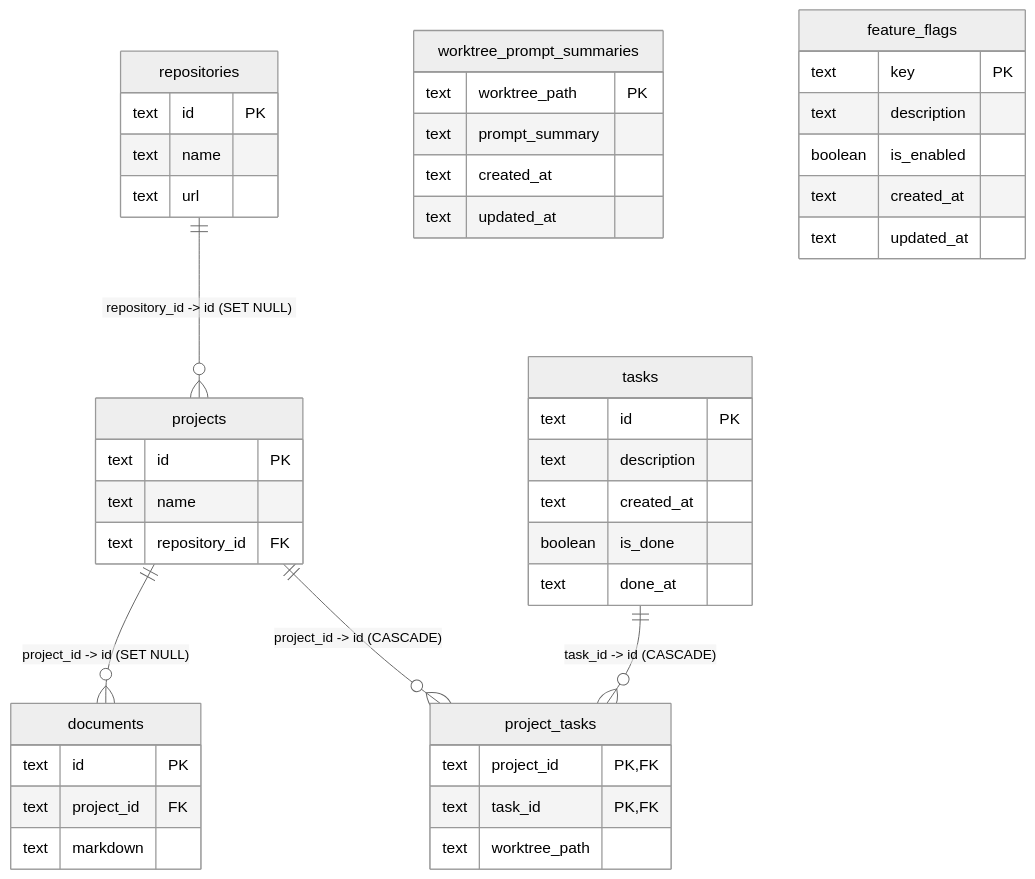
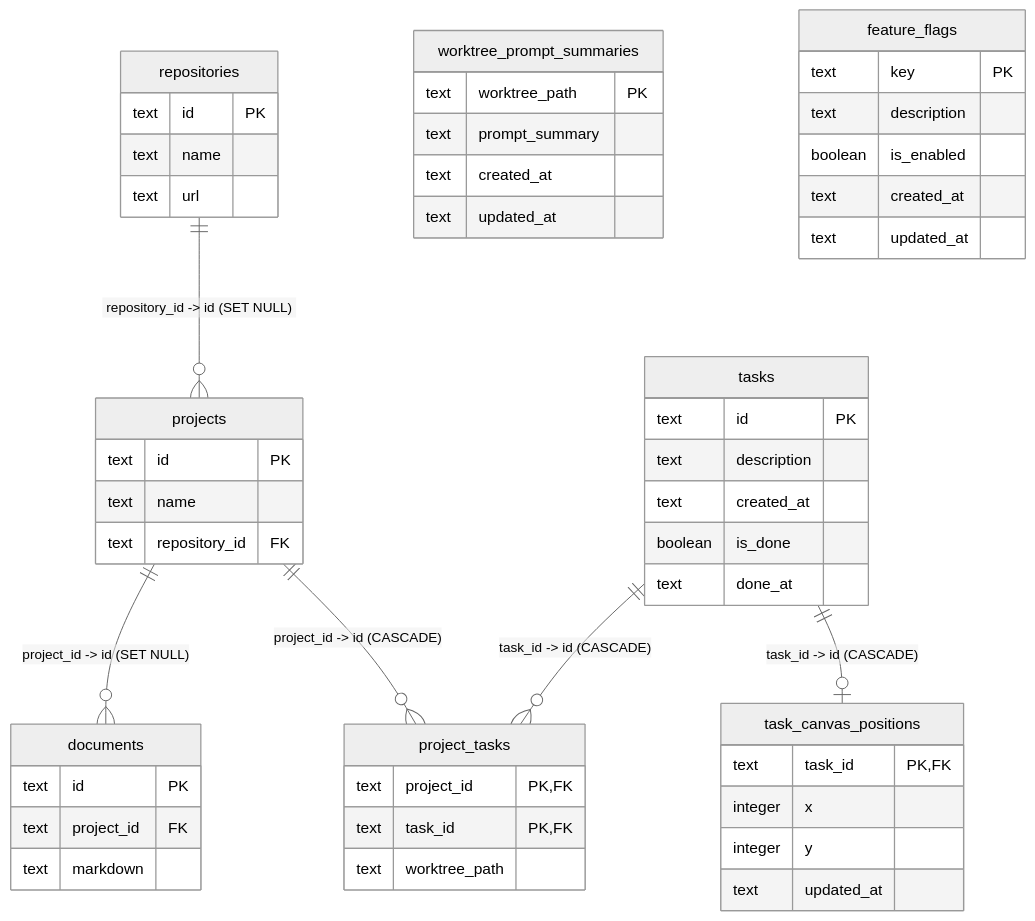
One commit to TurtleStoffel/tektite-console changed the diagram in src/backend/db/local/README.md. Above: the diagram before and after it, drawn with Mermaid (neutral theme). The commit also changed other lines of this file and 10 other files, not shown here.

Commit message:
Add Tasks infinite canvas view with persisted positions

````diff
--- a/src/backend/db/local/README.md
+++ b/src/backend/db/local/README.md
@@ -7,54 +7,62 @@
 ```mermaid
 erDiagram
     repositories ||--o{ projects : "repository_id -> id (SET NULL)"
     projects ||--o{ documents : "project_id -> id (SET NULL)"
     projects ||--o{ project_tasks : "project_id -> id (CASCADE)"
     tasks ||--o{ project_tasks : "task_id -> id (CASCADE)"
+    tasks ||--o| task_canvas_positions : "task_id -> id (CASCADE)"
 
     repositories {
         text id PK
         text name
         text url
     }
 
     projects {
         text id PK
         text name
         text repository_id FK
     }
 
     documents {
         text id PK
         text project_id FK
         text markdown
     }
 
     tasks {
         text id PK
         text description
         text created_at
         boolean is_done
         text done_at
     }
 
+    task_canvas_positions {
+        text task_id PK, FK
+        integer x
+        integer y
+        text updated_at
+    }
+
     project_tasks {
         text project_id PK, FK
         text task_id PK, FK
         text worktree_path
     }
 
     worktree_prompt_summaries {
         text worktree_path PK
         text prompt_summary
         text created_at
         text updated_at
     }
 
     feature_flags {
         text key PK
         text description
         boolean is_enabled
         text created_at
         text updated_at
     }
 ```
````
